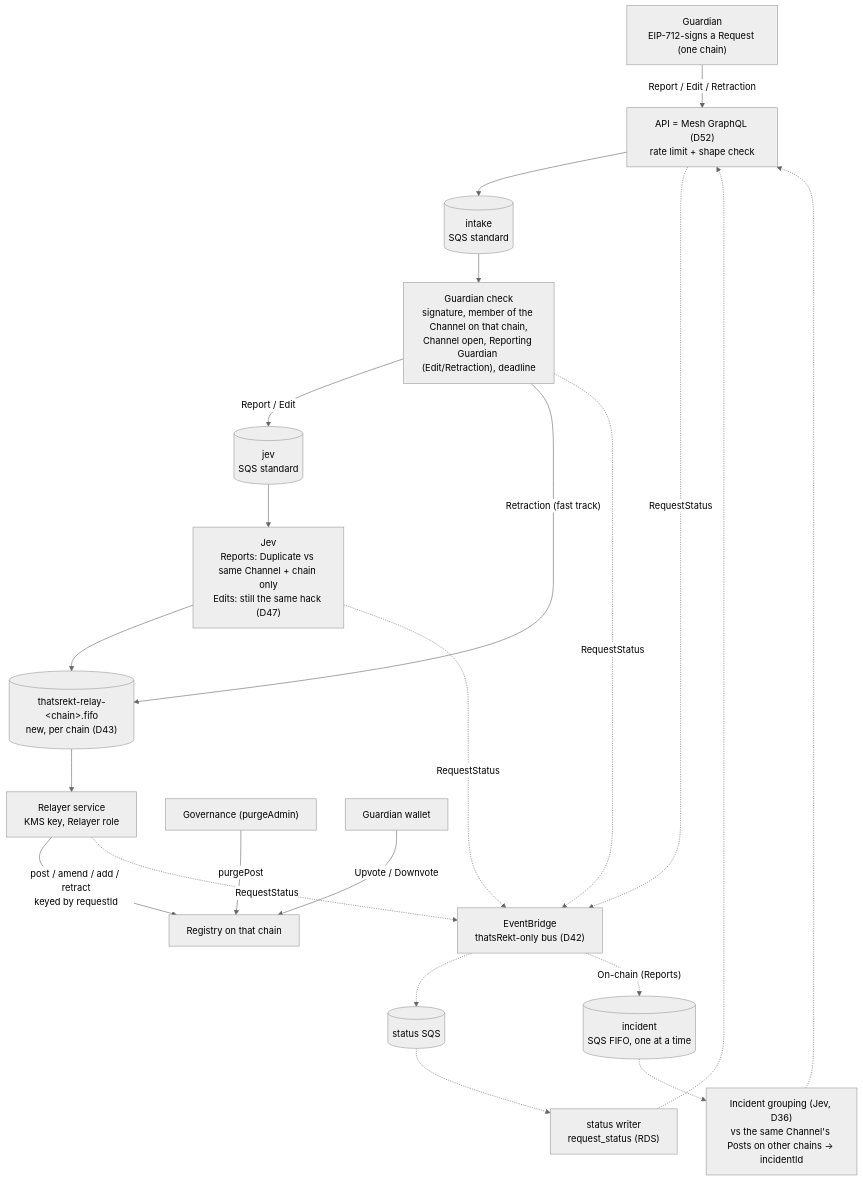
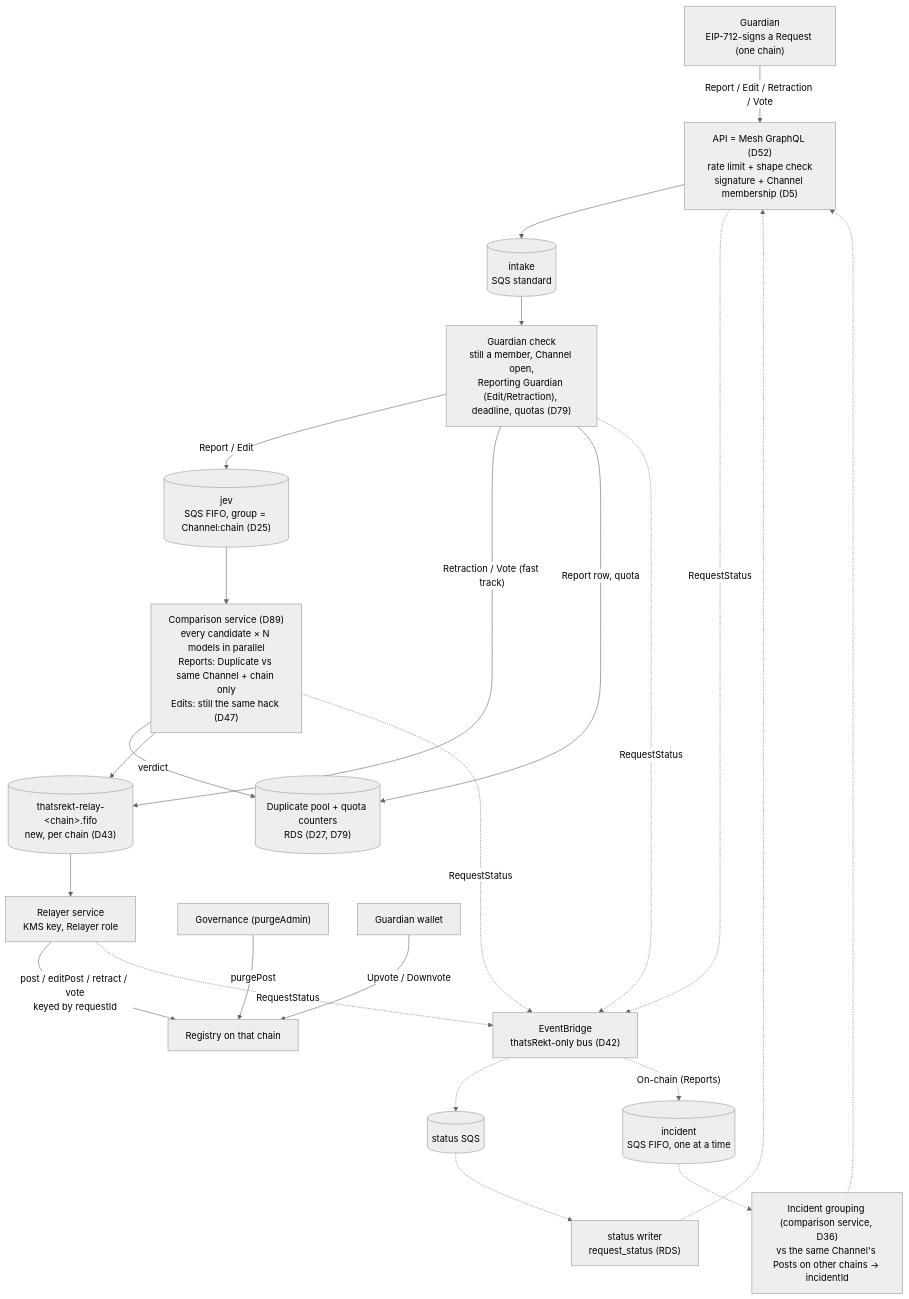
Before and after one commit to ThatsRekt/thatsRekt: the second of 3 diagrams in docs/intake-redesign.md, drawn with Mermaid (neutral theme). The commit also changed other lines of this file and 4 other files, not shown here.

````diff
--- a/docs/intake-redesign.md
+++ b/docs/intake-redesign.md
@@ -51,20 +51,22 @@
 ```mermaid
 flowchart TD
-  G["Guardian<br/>EIP-712-signs a Request (one chain)"] -->|"Report / Edit / Retraction"| API["API = Mesh GraphQL (D52)<br/>rate limit + shape check"]
+  G["Guardian<br/>EIP-712-signs a Request (one chain)"] -->|"Report / Edit / Retraction / Vote"| API["API = Mesh GraphQL (D52)<br/>rate limit + shape check<br/>signature + Channel membership (D5)"]
   API --> QI[("intake<br/>SQS standard")]
-  QI --> GC["Guardian check<br/>signature, member of the Channel on that chain,<br/>Channel open, Reporting Guardian (Edit/Retraction), deadline"]
-  GC -->|"Report / Edit"| QJ[("jev<br/>SQS standard")]
-  GC -->|"Retraction (fast track)"| QR
-  QJ --> JEV["Jev<br/>Reports: Duplicate vs same Channel + chain only<br/>Edits: still the same hack (D47)"]
+  QI --> GC["Guardian check<br/>still a member, Channel open,<br/>Reporting Guardian (Edit/Retraction), deadline, quotas (D79)"]
+  GC -->|"Report / Edit"| QJ[("jev<br/>SQS FIFO, group = Channel:chain (D25)")]
+  GC -->|"Retraction / Vote (fast track)"| QR
+  GC -->|"Report row, quota"| POOL[("Duplicate pool + quota counters<br/>RDS (D27, D79)")]
+  QJ --> JEV["Comparison service (D89)<br/>every candidate × N models in parallel<br/>Reports: Duplicate vs same Channel + chain only<br/>Edits: still the same hack (D47)"]
+  JEV -->|"verdict"| POOL
   JEV --> QR[("thatsrekt-relay-&lt;chain&gt;.fifo<br/>new, per chain (D43)")]
   QR --> RS["Relayer service<br/>KMS key, Relayer role"]
-  RS -->|"post / amend / add / retract<br/>keyed by requestId"| C["Registry on that chain"]
+  RS -->|"post / editPost / retract / vote<br/>keyed by requestId"| C["Registry on that chain"]
   GOV["Governance (purgeAdmin)"] -->|"purgePost"| C
   GW["Guardian wallet"] -->|"Upvote / Downvote"| C
   API & GC & JEV & RS -.->|"RequestStatus"| BUS["EventBridge<br/>thatsRekt-only bus (D42)"]
   BUS -.-> QS[("status SQS")] -.-> SW["status writer<br/>request_status (RDS)"]
   SW -.-> API
   BUS -.->|"On-chain (Reports)"| QN[("incident<br/>SQS FIFO, one at a time")]
-  QN -.-> INC["Incident grouping (Jev, D36)<br/>vs the same Channel's Posts on other chains → incidentId"]
+  QN -.-> INC["Incident grouping (comparison service, D36)<br/>vs the same Channel's Posts on other chains → incidentId"]
   INC -.-> API
 ```
````
